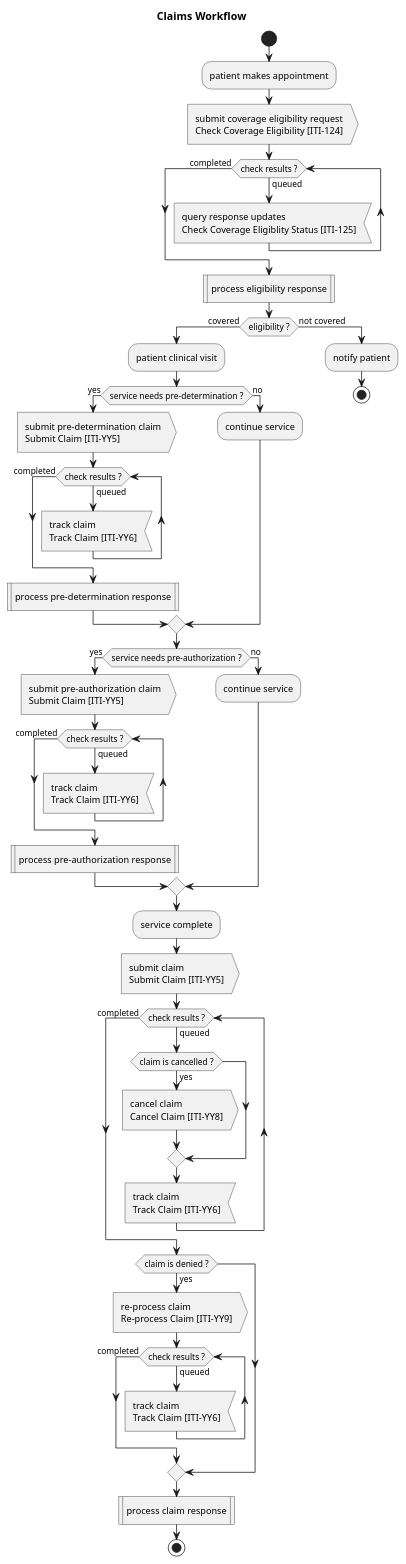
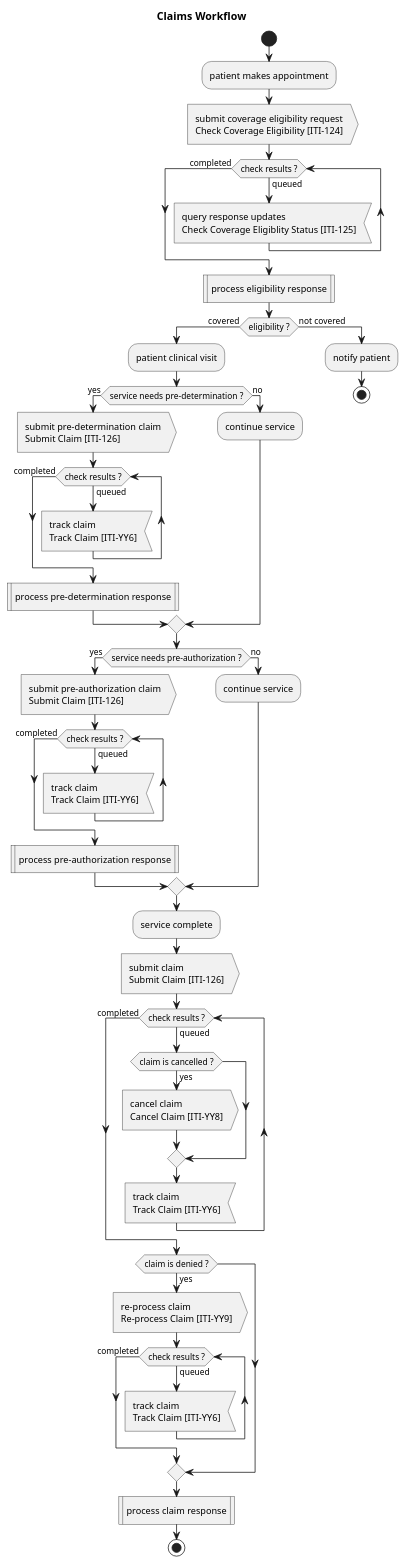
The diagram in input/images-source/overview-visit.plantuml (IHE/ITI.Finance), drawn with PlantUML before and after one commit. The commit also changed 16 other files, not shown here.

```diff
--- a/input/images-source/overview-visit.plantuml
+++ b/input/images-source/overview-visit.plantuml
@@ -1,53 +1,53 @@
 @startuml
 
 title Claims Workflow
 
 start
 :patient makes appointment;
 :submit coverage eligibility request\nCheck Coverage Eligibility &#91;ITI-124&#93;>
 while (check results ?) is (queued)
   :query response updates\nCheck Coverage Eligiblity Status &#91;ITI-125&#93;<
 endwhile (completed)
 :process eligibility response|
 if (eligibility ?) then (covered)
   :patient clinical visit;
 
   if (service needs pre-determination ?) then (yes)
-    :submit pre-determination claim\nSubmit Claim &#91;ITI-YY5&#93;>
+    :submit pre-determination claim\nSubmit Claim &#91;ITI-126&#93;>
     while (check results ?) is (queued)
       :track claim\nTrack Claim &#91;ITI-YY6&#93;<
     endwhile (completed)
     :process pre-determination response|
   else (no)
     :continue service;
   endif 
   if (service needs pre-authorization ?) then (yes)
-  :submit pre-authorization claim\nSubmit Claim &#91;ITI-YY5&#93;>
+  :submit pre-authorization claim\nSubmit Claim &#91;ITI-126&#93;>
   while (check results ?) is (queued)
     :track claim\nTrack Claim &#91;ITI-YY6&#93;<
   endwhile (completed)
   :process pre-authorization response|
   else (no)
     :continue service;
   endif
   :service complete;
-  :submit claim\nSubmit Claim &#91;ITI-YY5&#93;>
+  :submit claim\nSubmit Claim &#91;ITI-126&#93;>
   while (check results ?) is (queued)
     if (claim is cancelled ?) then (yes)
       :cancel claim\nCancel Claim &#91;ITI-YY8&#93;>
     endif
     :track claim\nTrack Claim &#91;ITI-YY6&#93;<
   endwhile (completed)
   if (claim is denied ?) then (yes)
     :re-process claim\nRe-process Claim &#91;ITI-YY9&#93;>
     while (check results ?) is (queued)
       :track claim\nTrack Claim &#91;ITI-YY6&#93;<
     endwhile (completed)
   endif
   :process claim response|
   stop
 else (not covered)
   :notify patient;
   stop
 
 @enduml
```
